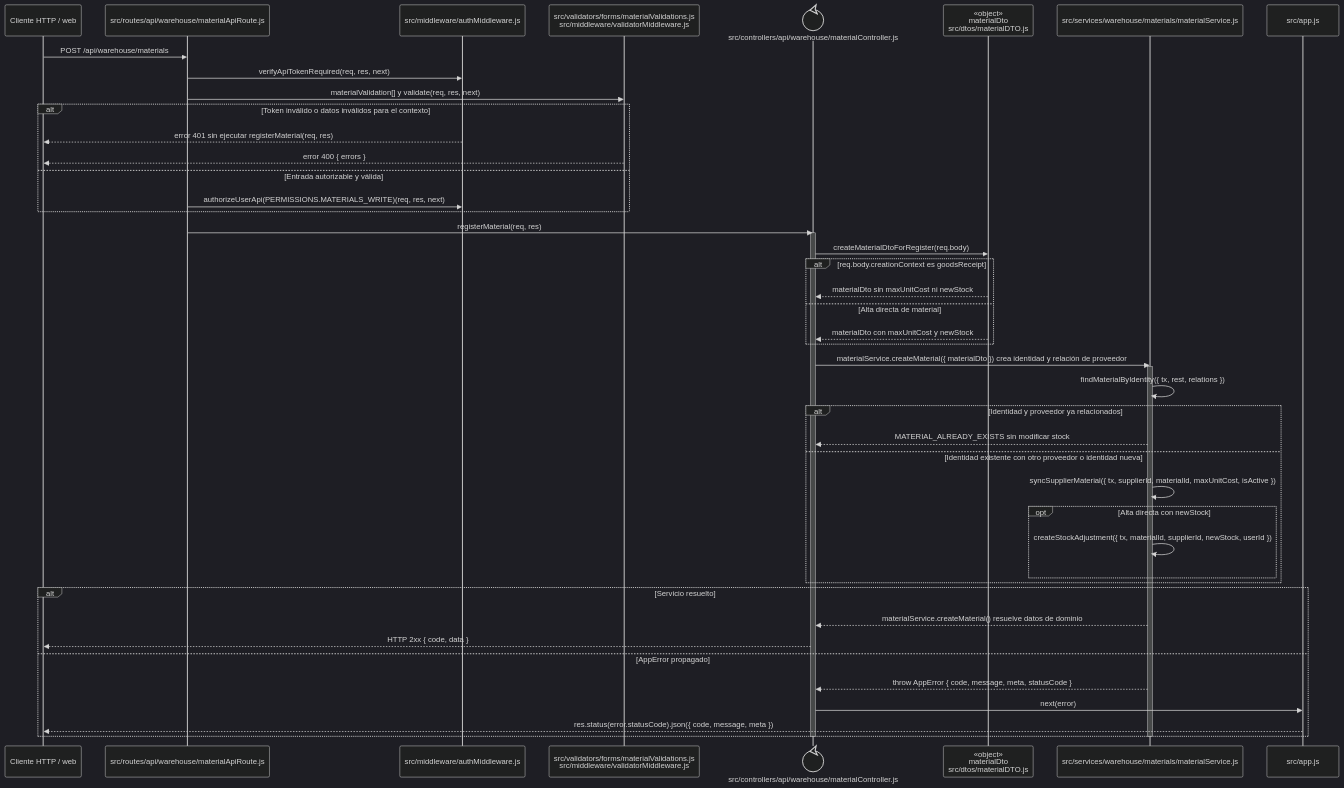
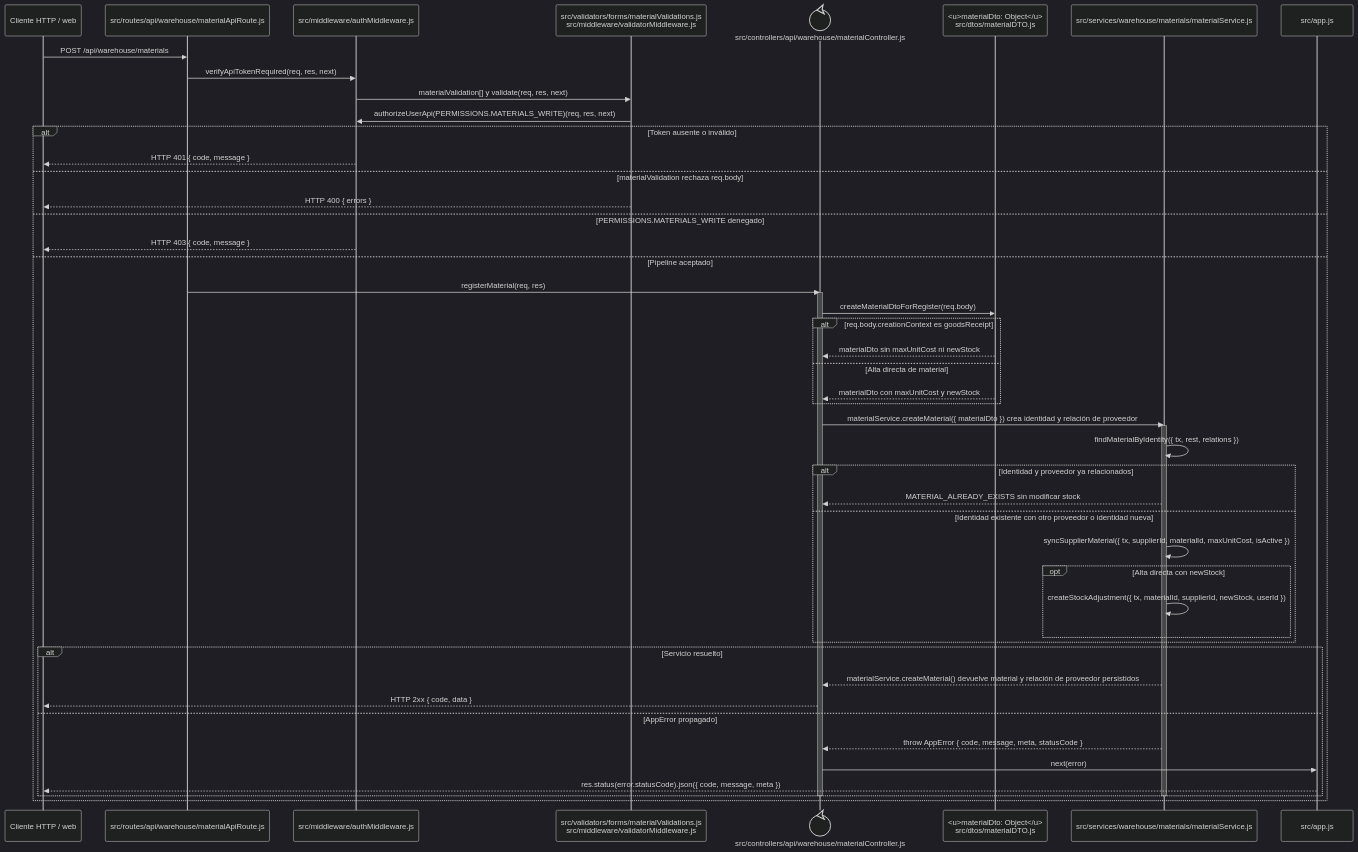
The diagram in docs/architecture/backend-code-sequences/catalogs/cu-alm-02.md (gpgsistemas01/nexus), drawn with Mermaid (dark theme) before and after one commit. The commit also changed 102 other files, not shown here.

````diff
--- a/docs/architecture/backend-code-sequences/catalogs/cu-alm-02.md
+++ b/docs/architecture/backend-code-sequences/catalogs/cu-alm-02.md
@@ -6,50 +6,53 @@
 ```mermaid
 sequenceDiagram
     participant Client as Cliente HTTP / web
     participant Route as src/routes/api/warehouse/materialApiRoute.js
     participant Auth as src/middleware/authMiddleware.js
     participant Validator as src/validators/forms/materialValidations.js<br/>src/middleware/validatorMiddleware.js
     participant Controller@{ "type": "control" } as src/controllers/api/warehouse/materialController.js
-    participant MaterialDto as «object»<br/>materialDto<br/>src/dtos/materialDTO.js
+    participant MaterialDto as <u>materialDto: Object</u><br/>src/dtos/materialDTO.js
     participant Domain as src/services/warehouse/materials/materialService.js
     participant ErrorHandler as src/app.js
 
     Client->>Route: POST /api/warehouse/materials
     Route->>Auth: verifyApiTokenRequired(req, res, next)
-    Route->>Validator: materialValidation[] y validate(req, res, next)
-    alt Token inválido o datos inválidos para el contexto
-        Auth-->>Client: error 401 sin ejecutar registerMaterial(req, res)
-        Validator-->>Client: error 400 { errors }
-    else Entrada autorizable y válida
-        Route->>Auth: authorizeUserApi(PERMISSIONS.MATERIALS_WRITE)(req, res, next)
+    Auth->>Validator: materialValidation[] y validate(req, res, next)
+    Validator->>Auth: authorizeUserApi(PERMISSIONS.MATERIALS_WRITE)(req, res, next)
+    alt Token ausente o inválido
+        Auth-->>Client: HTTP 401 { code, message }
+    else materialValidation rechaza req.body
+        Validator-->>Client: HTTP 400 { errors }
+    else PERMISSIONS.MATERIALS_WRITE denegado
+        Auth-->>Client: HTTP 403 { code, message }
+    else Pipeline aceptado
+        Route->>Controller: registerMaterial(req, res)
+        activate Controller
+        Controller->>MaterialDto: createMaterialDtoForRegister(req.body)
+        alt req.body.creationContext es goodsReceipt
+            MaterialDto-->>Controller: materialDto sin maxUnitCost ni newStock
+        else Alta directa de material
+            MaterialDto-->>Controller: materialDto con maxUnitCost y newStock
+        end
+        Controller->>Domain: materialService.createMaterial({ materialDto }) crea identidad y relación de proveedor
+        activate Domain
+        Domain->>Domain: findMaterialByIdentity({ tx, rest, relations })
+        alt Identidad y proveedor ya relacionados
+            Domain-->>Controller: MATERIAL_ALREADY_EXISTS sin modificar stock
+        else Identidad existente con otro proveedor o identidad nueva
+            Domain->>Domain: syncSupplierMaterial({ tx, supplierId, materialId, maxUnitCost, isActive })
+            opt Alta directa con newStock
+                Domain->>Domain: createStockAdjustment({ tx, materialId, supplierId, newStock, userId })
+            end
+        end
+        alt Servicio resuelto
+            Domain-->>Controller: materialService.createMaterial() devuelve material y relación de proveedor persistidos
+            Controller-->>Client: HTTP 2xx { code, data }
+        else AppError propagado
+            Domain-->>Controller: throw AppError { code, message, meta, statusCode }
+            Controller->>ErrorHandler: next(error)
+            ErrorHandler-->>Client: res.status(error.statusCode).json({ code, message, meta })
+        end
+        deactivate Domain
+        deactivate Controller
     end
-    Route->>Controller: registerMaterial(req, res)
-    activate Controller
-    Controller->>MaterialDto: createMaterialDtoForRegister(req.body)
-    alt req.body.creationContext es goodsReceipt
-        MaterialDto-->>Controller: materialDto sin maxUnitCost ni newStock
-    else Alta directa de material
-        MaterialDto-->>Controller: materialDto con maxUnitCost y newStock
-    end
-    Controller->>Domain: materialService.createMaterial({ materialDto }) crea identidad y relación de proveedor
-    activate Domain
-    Domain->>Domain: findMaterialByIdentity({ tx, rest, relations })
-    alt Identidad y proveedor ya relacionados
-        Domain-->>Controller: MATERIAL_ALREADY_EXISTS sin modificar stock
-    else Identidad existente con otro proveedor o identidad nueva
-        Domain->>Domain: syncSupplierMaterial({ tx, supplierId, materialId, maxUnitCost, isActive })
-        opt Alta directa con newStock
-            Domain->>Domain: createStockAdjustment({ tx, materialId, supplierId, newStock, userId })
-        end
-    end
-    alt Servicio resuelto
-        Domain-->>Controller: materialService.createMaterial() resuelve datos de dominio
-        Controller-->>Client: HTTP 2xx { code, data }
-    else AppError propagado
-        Domain-->>Controller: throw AppError { code, message, meta, statusCode }
-        Controller->>ErrorHandler: next(error)
-        ErrorHandler-->>Client: res.status(error.statusCode).json({ code, message, meta })
-    end
-    deactivate Domain
-    deactivate Controller
 ```
````
